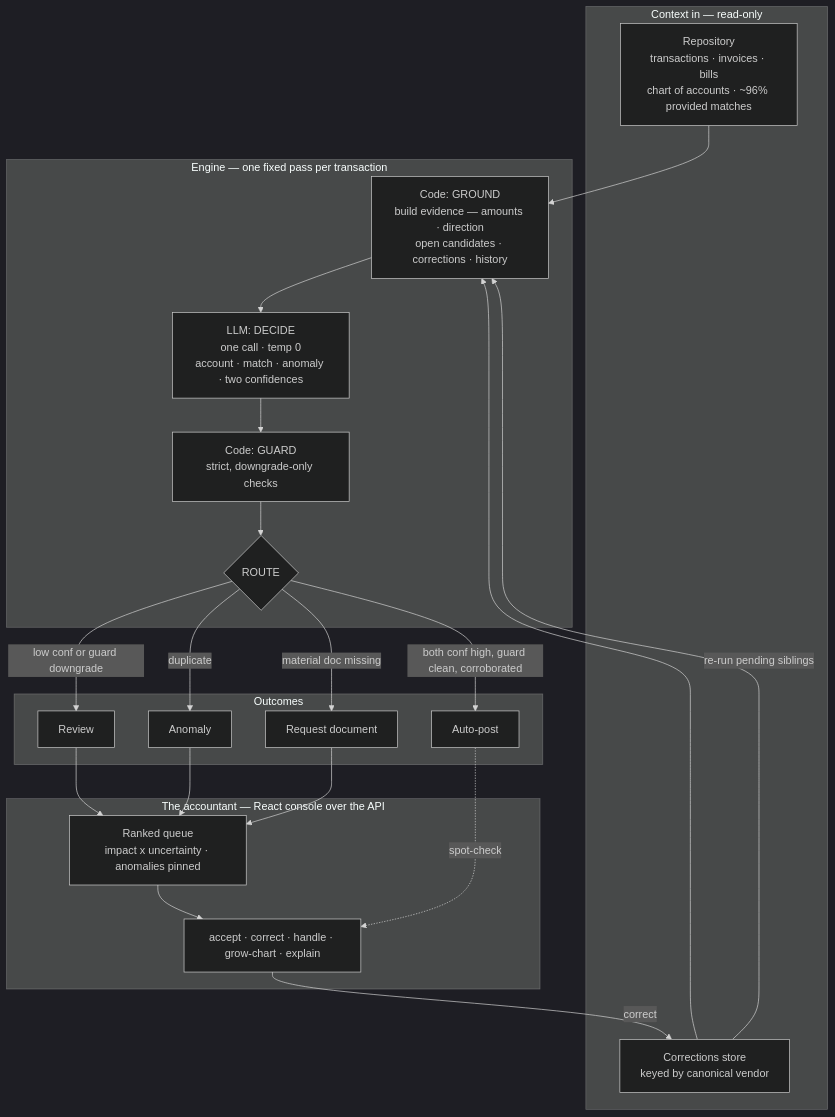
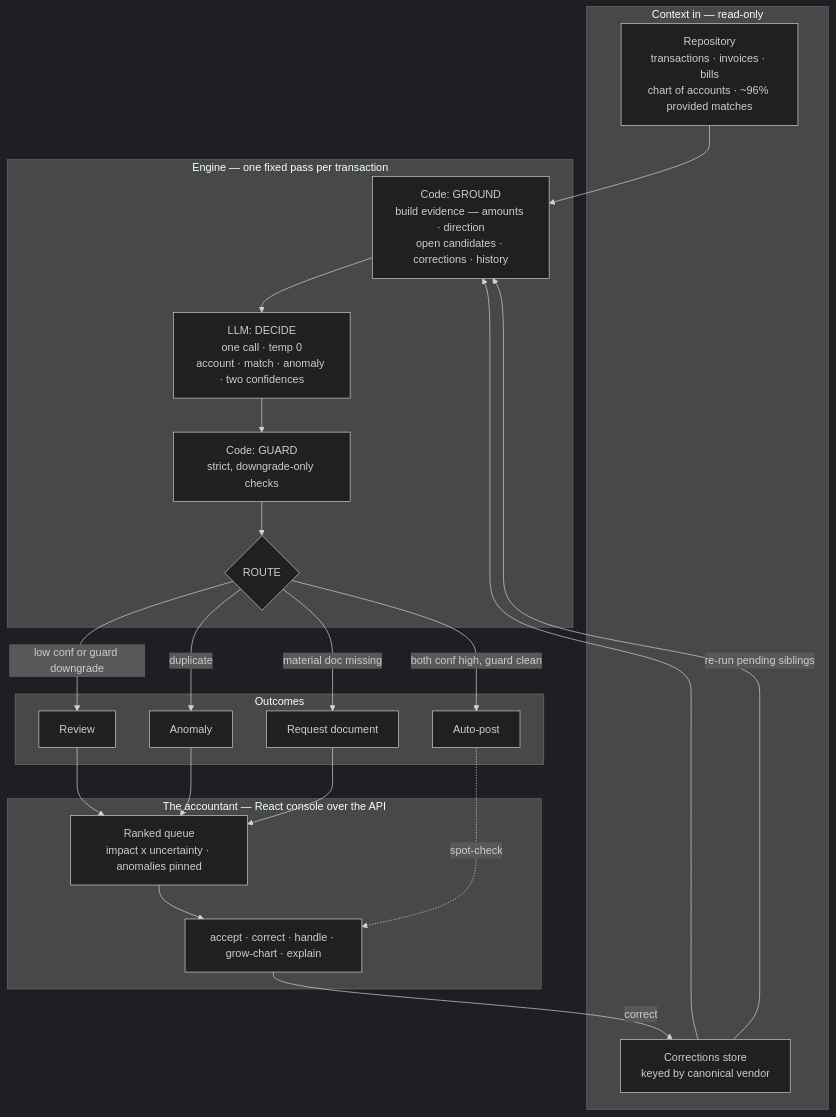
The first of 4 diagrams in README.md (adam-fendri/project-agl), drawn with Mermaid (dark theme) before and after one commit. The commit also changed other lines of this file and 2 other files, not shown here.

````diff
--- a/README.md
+++ b/README.md
@@ -148,41 +148,41 @@
 ```mermaid
 flowchart TD
     subgraph CTX["Context in — read-only"]
         REPO["Repository<br/>transactions · invoices · bills<br/>chart of accounts · ~96% provided matches"]
         MEM["Corrections store<br/>keyed by canonical vendor"]
     end
 
     subgraph ENGINE["Engine — one fixed pass per transaction"]
         GROUND["Code: GROUND<br/>build evidence — amounts · direction<br/>open candidates · corrections · history"]
         DECIDE["LLM: DECIDE<br/>one call · temp 0<br/>account · match · anomaly · two confidences"]
         GUARD["Code: GUARD<br/>strict, downgrade-only checks"]
         ROUTE{"ROUTE"}
         GROUND --> DECIDE --> GUARD --> ROUTE
     end
 
     subgraph OUT["Outcomes"]
         AUTO["Auto-post"]
         REV["Review"]
         ANOM["Anomaly"]
         REQ["Request document"]
     end
 
     subgraph HUMAN["The accountant — React console over the API"]
         QUEUE["Ranked queue<br/>impact x uncertainty · anomalies pinned"]
         LEVERS["accept · correct · handle · grow-chart · explain"]
         QUEUE --> LEVERS
     end
 
     REPO --> GROUND
     MEM --> GROUND
-    ROUTE -->|both conf high, guard clean, corroborated| AUTO
+    ROUTE -->|both conf high, guard clean| AUTO
     ROUTE -->|low conf or guard downgrade| REV
     ROUTE -->|duplicate| ANOM
     ROUTE -->|material doc missing| REQ
     REV --> QUEUE
     ANOM --> QUEUE
     REQ --> QUEUE
     AUTO -.spot-check.-> LEVERS
     LEVERS -->|correct| MEM
     MEM -->|re-run pending siblings| GROUND
 ```
````
